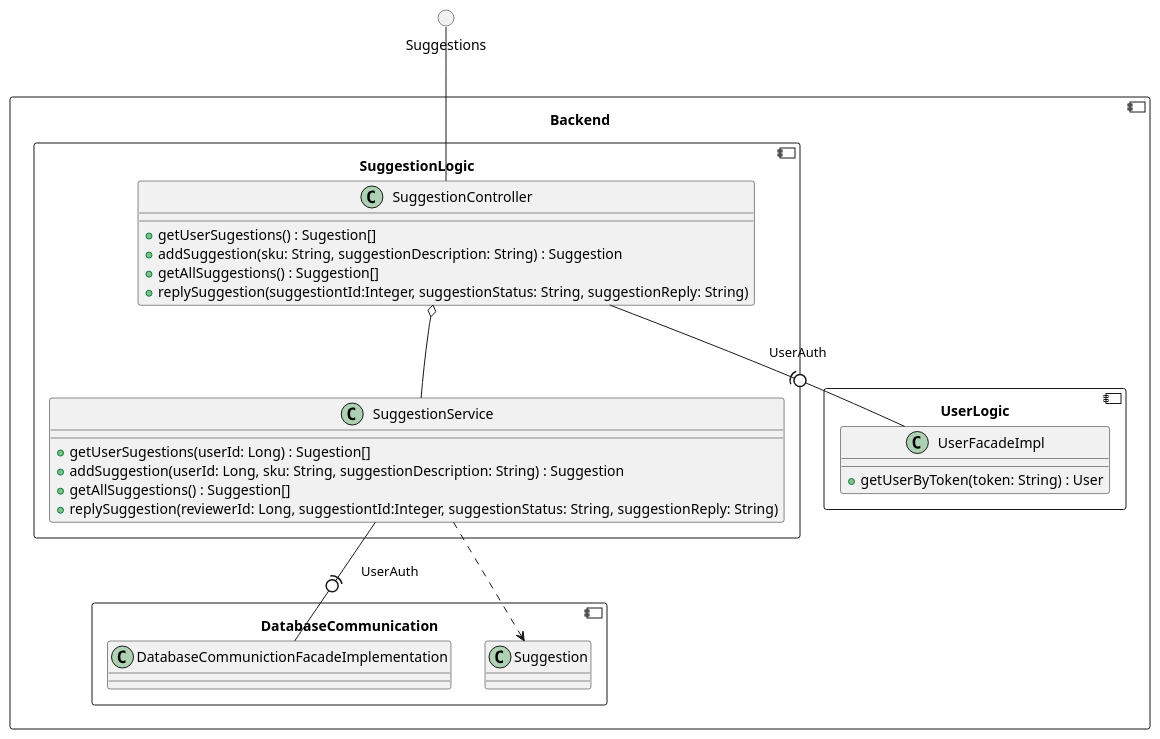
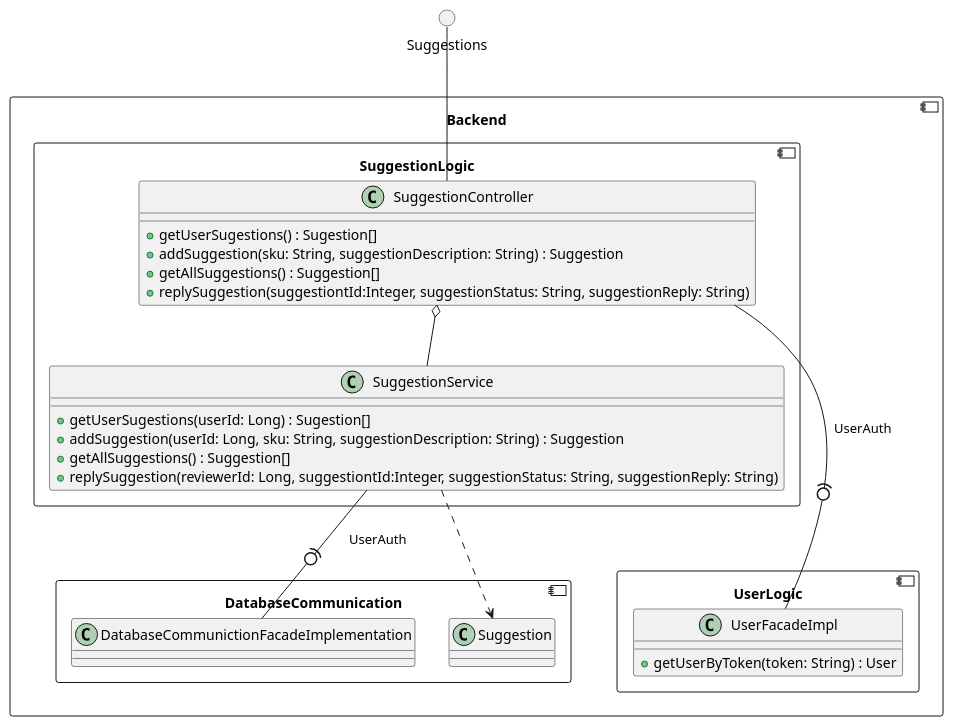
One commit to RadekBucki/OpinionCollectorArchitecture changed the fifth of 17 diagrams in FullClassDiagrams.md. Above: the diagram before and after it, drawn with PlantUML. The commit also changed other lines of this file, not shown here.

````diff
--- a/FullClassDiagrams.md
+++ b/FullClassDiagrams.md
@@ -239,34 +241,34 @@
 ```plantuml
 circle Suggestions
 component Backend {
     component SuggestionLogic {
         class SuggestionController {
             + getUserSugestions() : Sugestion[]
             + addSuggestion(sku: String, suggestionDescription: String) : Suggestion
             + getAllSuggestions() : Suggestion[]
             + replySuggestion(suggestiontId:Integer, suggestionStatus: String, suggestionReply: String)
         }
         class SuggestionService {
             + getUserSugestions(userId: Long) : Sugestion[]
             + addSuggestion(userId: Long, sku: String, suggestionDescription: String) : Suggestion
             + getAllSuggestions() : Suggestion[]
             + replySuggestion(reviewerId: Long, suggestiontId:Integer, suggestionStatus: String, suggestionReply: String)
         }
         SuggestionController o-- SuggestionService
         Suggestions -- SuggestionController
     }
     component DatabaseCommunication {
         class DatabaseCommunictionFacadeImplementation
         class Suggestion
     }
     SuggestionService -(0- DatabaseCommunictionFacadeImplementation : UserAuth
     
     component UserLogic {
         class UserFacadeImpl {
             + getUserByToken(token: String) : User
         }
     }
-    SuggestionController -(0- UserFacadeImpl : UserAuth
+    SuggestionController -(0-- UserFacadeImpl : UserAuth
     SuggestionService    ..> Suggestion
 }
 ```
````
